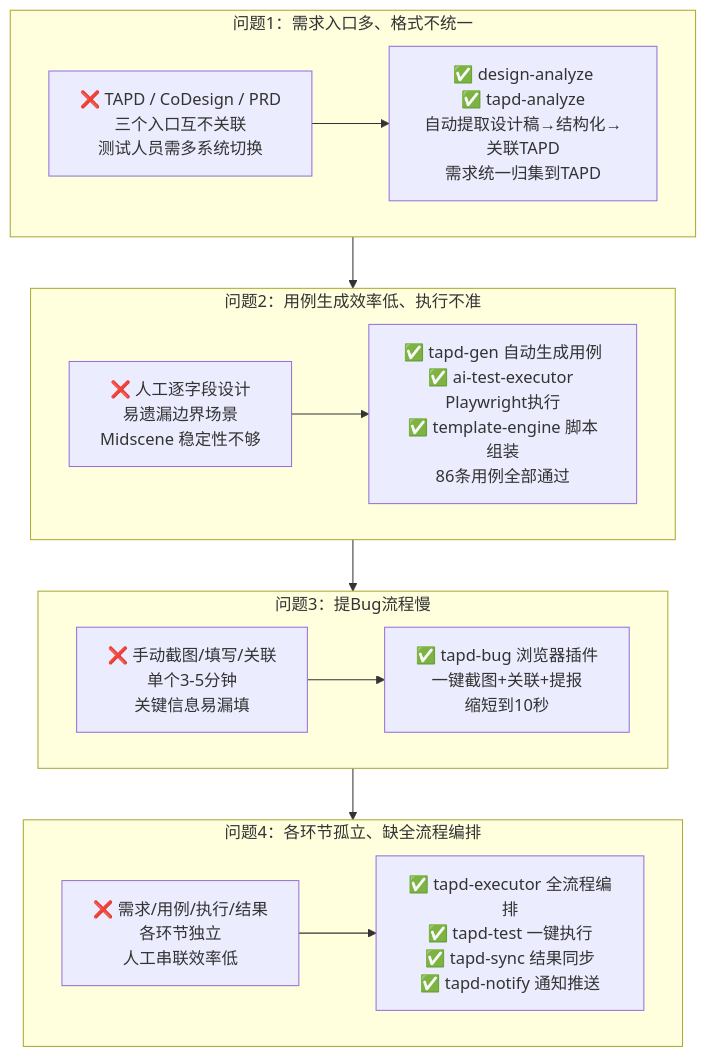
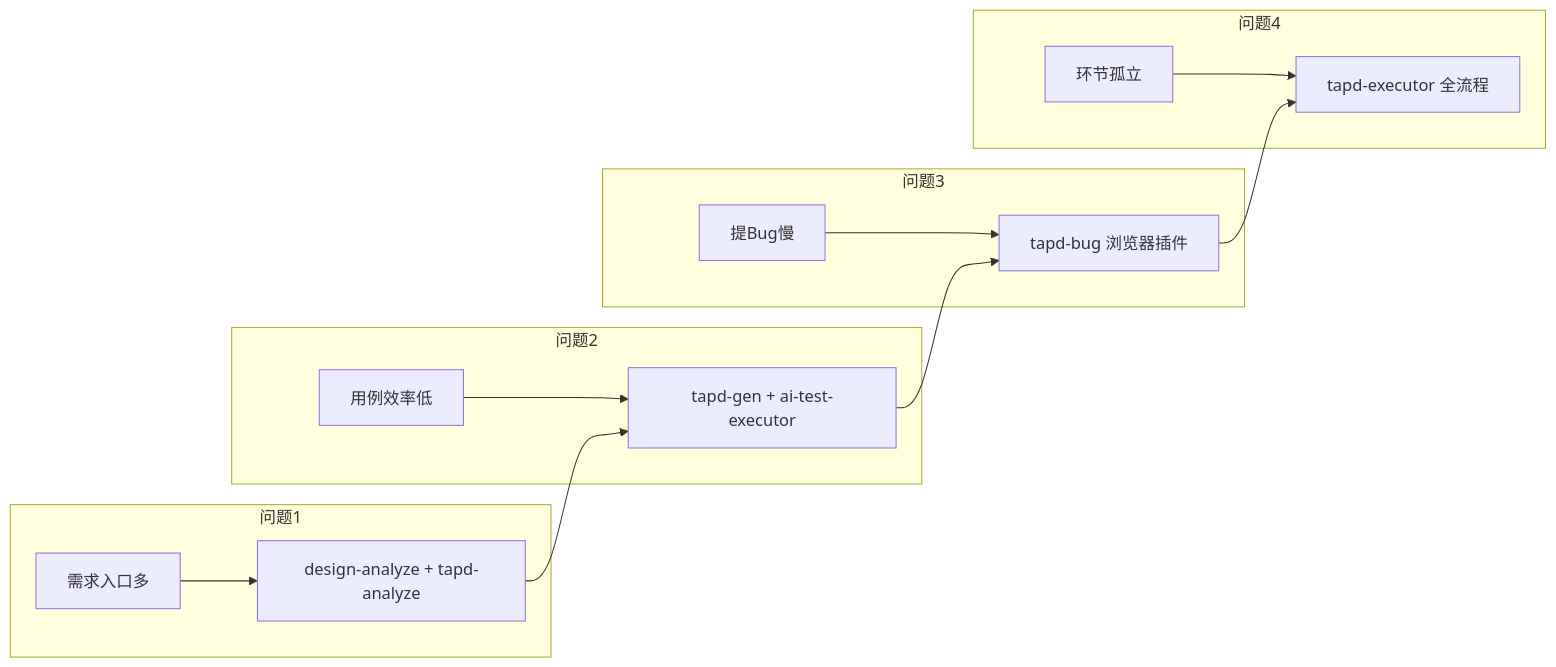
One commit to lxkkhan/ai-test-platform changed the third of 3 diagrams in markdown/汇报-测试工具集.md. Above: the diagram before and after it, drawn with Mermaid. The commit also changed other lines of this file, not shown here.

Commit message:
fix: 简化 mermaid 语法，兼容 GitHub 渲染

````diff
--- a/markdown/汇报-测试工具集.md
+++ b/markdown/汇报-测试工具集.md
@@ -128,24 +131,20 @@
 ```mermaid
-flowchart TB
-    subgraph Q1[问题1：需求入口多、格式不统一]
-        direction LR
-        Q1A[❌ TAPD / CoDesign / PRD<br>三个入口互不关联<br>测试人员需多系统切换] --> Q1B[✅ design-analyze<br>✅ tapd-analyze<br>自动提取设计稿→结构化→关联TAPD<br>需求统一归集到TAPD]
-    end
-    
-    subgraph Q2[问题2：用例生成效率低、执行不准]
-        direction LR
-        Q2A[❌ 人工逐字段设计<br>易遗漏边界场景<br>Midscene 稳定性不够] --> Q2B[✅ tapd-gen 自动生成用例<br>✅ ai-test-executor Playwright执行<br>✅ template-engine 脚本组装<br>86条用例全部通过]
-    end
-    
-    subgraph Q3[问题3：提Bug流程慢]
-        direction LR
-        Q3A[❌ 手动截图/填写/关联<br>单个3-5分钟<br>关键信息易漏填] --> Q3B[✅ tapd-bug 浏览器插件<br>一键截图+关联+提报<br>缩短到10秒]
-    end
-    
-    subgraph Q4[问题4：各环节孤立、缺全流程编排]
-        direction LR
-        Q4A[❌ 需求/用例/执行/结果<br>各环节独立<br>人工串联效率低] --> Q4B[✅ tapd-executor 全流程编排<br>✅ tapd-test 一键执行<br>✅ tapd-sync 结果同步<br>✅ tapd-notify 通知推送]
+graph LR
+    subgraph 问题1
+        Q1A[需求入口多] --> Q1B[design-analyze + tapd-analyze]
     end
 
-    Q1 --> Q2 --> Q3 --> Q4
+    subgraph 问题2
+        Q2A[用例效率低] --> Q2B[tapd-gen + ai-test-executor]
+    end
+
+    subgraph 问题3
+        Q3A[提Bug慢] --> Q3B[tapd-bug 浏览器插件]
+    end
+
+    subgraph 问题4
+        Q4A[环节孤立] --> Q4B[tapd-executor 全流程]
+    end
+
+    Q1B --> Q2B --> Q3B --> Q4B
 ```
````
